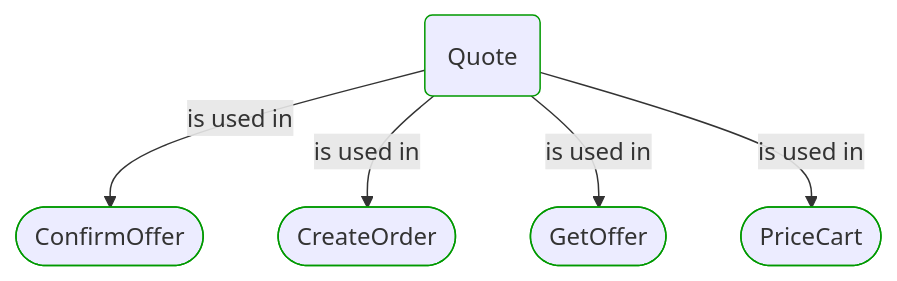
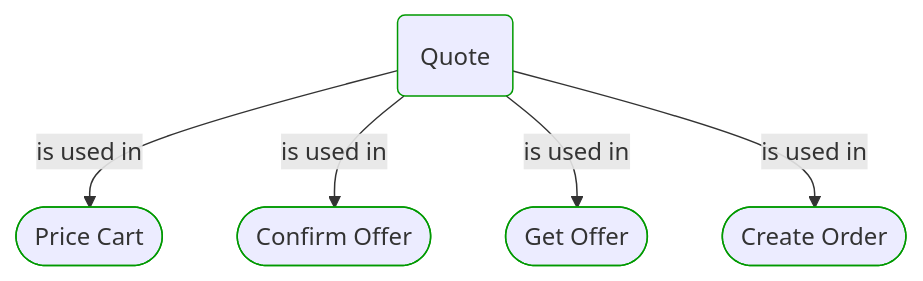
One commit to itlibrium/DDD-starter-dotnet changed the second of 2 diagrams in Docs/P3/MermaidOutput/Domain/Concepts/Sales/Pricing/Quote.md. Above: the diagram before and after it, drawn with Mermaid. The commit also changed other lines of this file and 51 other files, not shown here.

````diff
--- a/Docs/P3/MermaidOutput/Domain/Concepts/Sales/Pricing/Quote.md
+++ b/Docs/P3/MermaidOutput/Domain/Concepts/Sales/Pricing/Quote.md
@@ -91,20 +91,20 @@
 ```mermaid
   flowchart TB
     0(Quote)
     class 0 DomainPerspective
-    1([ConfirmOffer])
+    1([Price Cart])
     class 1 DomainPerspective
     0-->|is used in|1
-    2([CreateOrder])
+    2([Confirm Offer])
     class 2 DomainPerspective
     0-->|is used in|2
-    3([GetOffer])
+    3([Get Offer])
     class 3 DomainPerspective
     0-->|is used in|3
-    4([PriceCart])
+    4([Create Order])
     class 4 DomainPerspective
     0-->|is used in|4
     classDef DomainPerspective stroke:#009900
     classDef TechnologyPerspective stroke:#1F41EB
     classDef PeoplePerspective stroke:#FFF014
 ```
````
